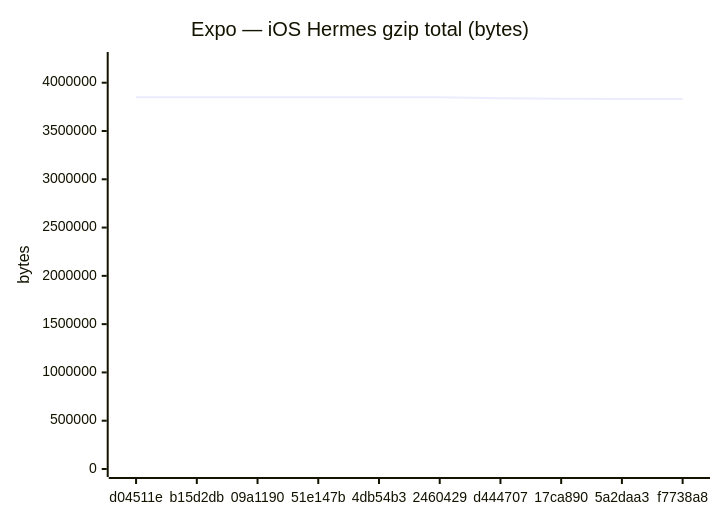
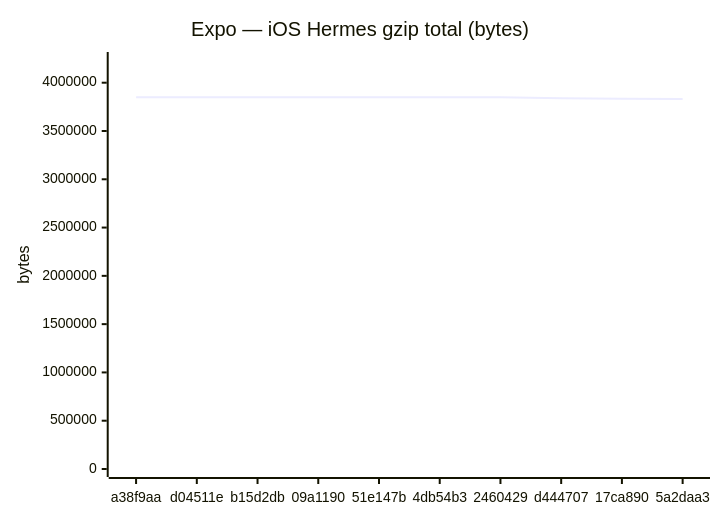
The sixth of 18 diagrams in benchmarks/compare.md (Metaheurist/Rianell), drawn with Mermaid before and after one commit. The commit also changed other lines of this file and 11 other files, not shown here.

````diff
--- a/benchmarks/compare.md
+++ b/benchmarks/compare.md
@@ -96,7 +96,7 @@
 ```mermaid
 xychart-beta
     title "Expo — iOS Hermes gzip total (bytes)"
-    x-axis ["d04511e", "b15d2db", "09a1190", "51e147b", "4db54b3", "2460429", "d444707", "17ca890", "5a2daa3", "f7738a8"]
+    x-axis ["a38f9aa", "d04511e", "b15d2db", "09a1190", "51e147b", "4db54b3", "2460429", "d444707", "17ca890", "5a2daa3"]
     y-axis "bytes" 0 --> 4235116
-    line [3849367, 3849366, 3850104, 3850105, 3850105, 3850104, 3837764, 3833771, 3832292, 3830296]
+    line [3849365, 3849367, 3849366, 3850104, 3850105, 3850105, 3850104, 3837764, 3833771, 3832292]
 ```
````
